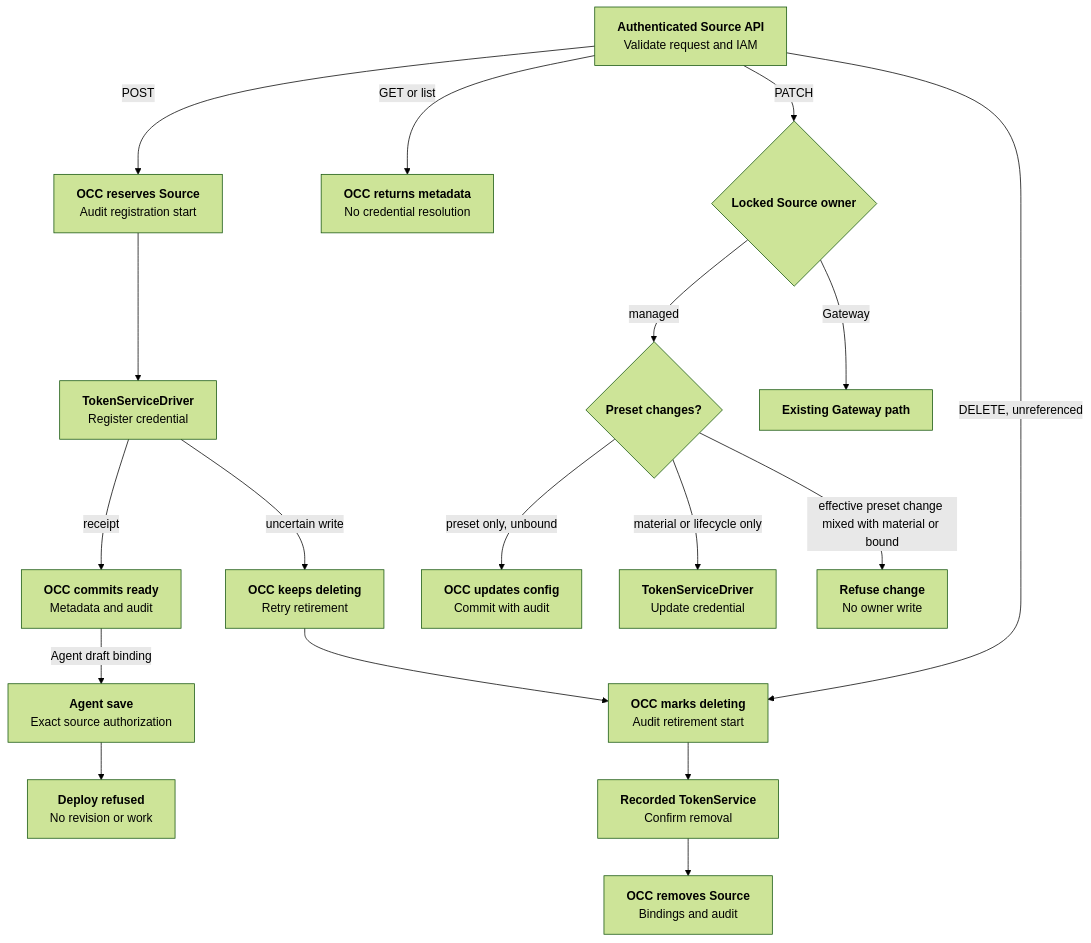
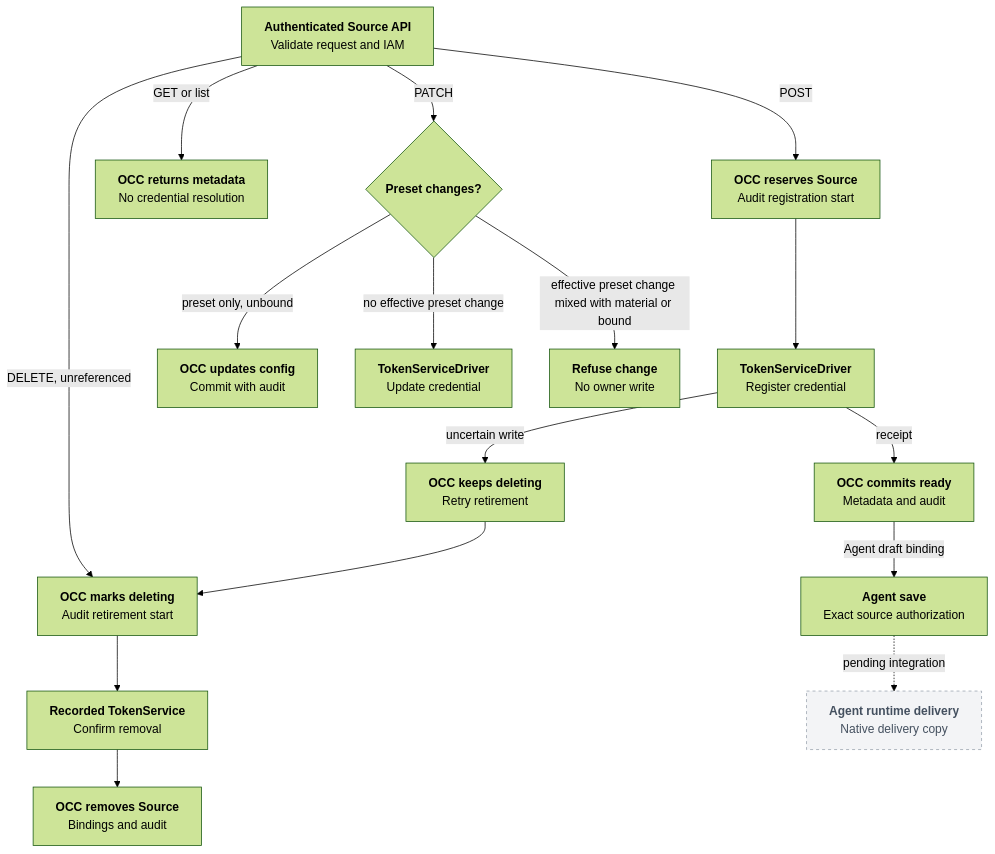
One commit to openclaw/openclaw-enterprise changed the diagram in docs/flows/token-service-static-custody.md. Above: the diagram before and after it, drawn with Mermaid (forest theme). The commit also changed other lines of this file and 3 other files, not shown here.

Commit message:
Use TokenService timeout for managed Source registration fence

````diff
--- a/docs/flows/token-service-static-custody.md
+++ b/docs/flows/token-service-static-custody.md
@@ -33,20 +33,20 @@
 ```mermaid
 graph TD
   A["<b>Authenticated Source API</b><br/>Validate request and IAM"] -->|POST| B["<b>OCC reserves Source</b><br/>Audit registration start"]
   B --> C["<b>TokenServiceDriver</b><br/>Register credential"]
   C -->|receipt| D["<b>OCC commits ready</b><br/>Metadata and audit"]
   C -->|uncertain write| E["<b>OCC keeps deleting</b><br/>Retry retirement"]
   A -->|GET or list| F["<b>OCC returns metadata</b><br/>No credential resolution"]
-  A -->|PATCH| G{"<b>Locked Source owner</b>"}
-  G -->|managed| H{"<b>Preset changes?</b>"}
+  A -->|PATCH| H{"<b>Preset changes?</b>"}
   H -->|preset only, unbound| I["<b>OCC updates config</b><br/>Commit with audit"]
-  H -->|material or lifecycle only| J["<b>TokenServiceDriver</b><br/>Update credential"]
+  H -->|no effective preset change| J["<b>TokenServiceDriver</b><br/>Update credential"]
   H -->|effective preset change mixed with material or bound| X["<b>Refuse change</b><br/>No owner write"]
-  G -->|Gateway| K["<b>Existing Gateway path</b>"]
   A -->|DELETE, unreferenced| L["<b>OCC marks deleting</b><br/>Audit retirement start"]
   E --> L
   L --> M["<b>Recorded TokenService</b><br/>Confirm removal"]
   M --> N["<b>OCC removes Source</b><br/>Bindings and audit"]
   D -->|Agent draft binding| O["<b>Agent save</b><br/>Exact source authorization"]
-  O --> P["<b>Deploy refused</b><br/>No revision or work"]
+  O -. pending integration .-> P["<b>Agent runtime delivery</b><br/>Native delivery copy"]
+  classDef pending fill:#F3F4F6,stroke:#98A2AE,color:#44505F,stroke-dasharray:4 4
+  class P pending
 ```
````
